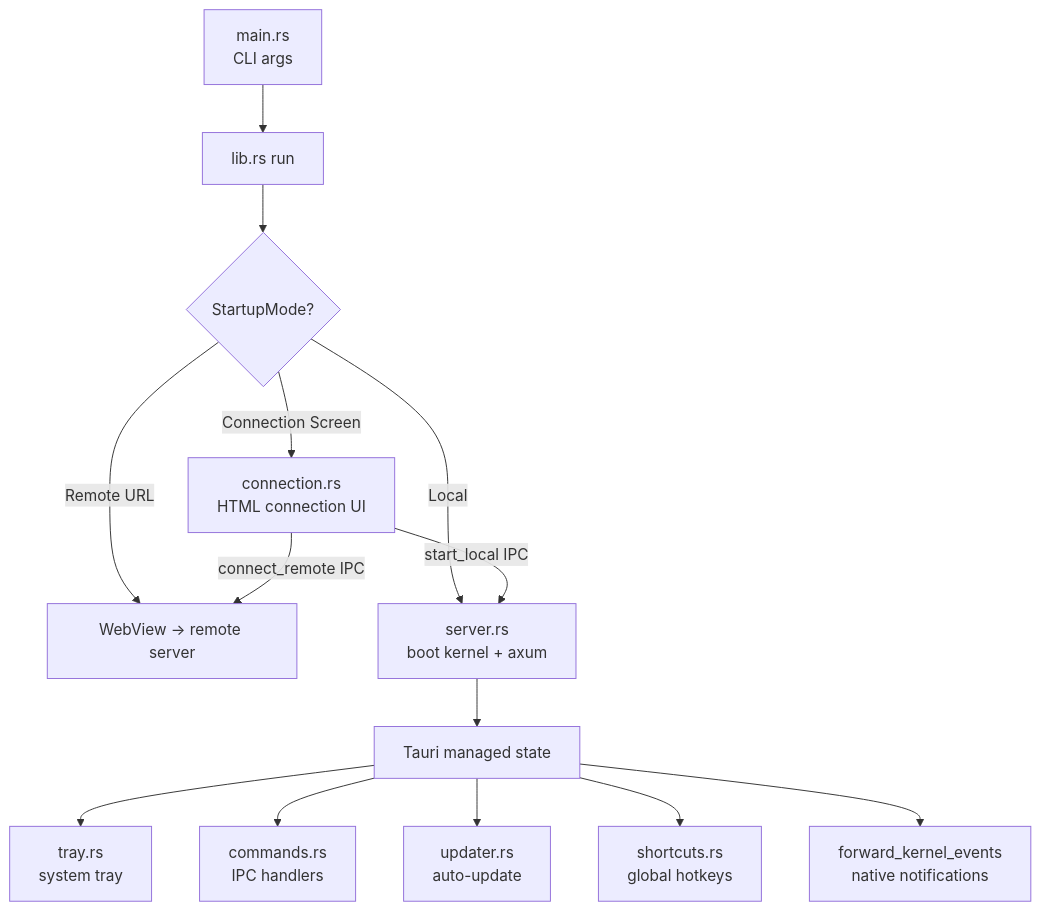
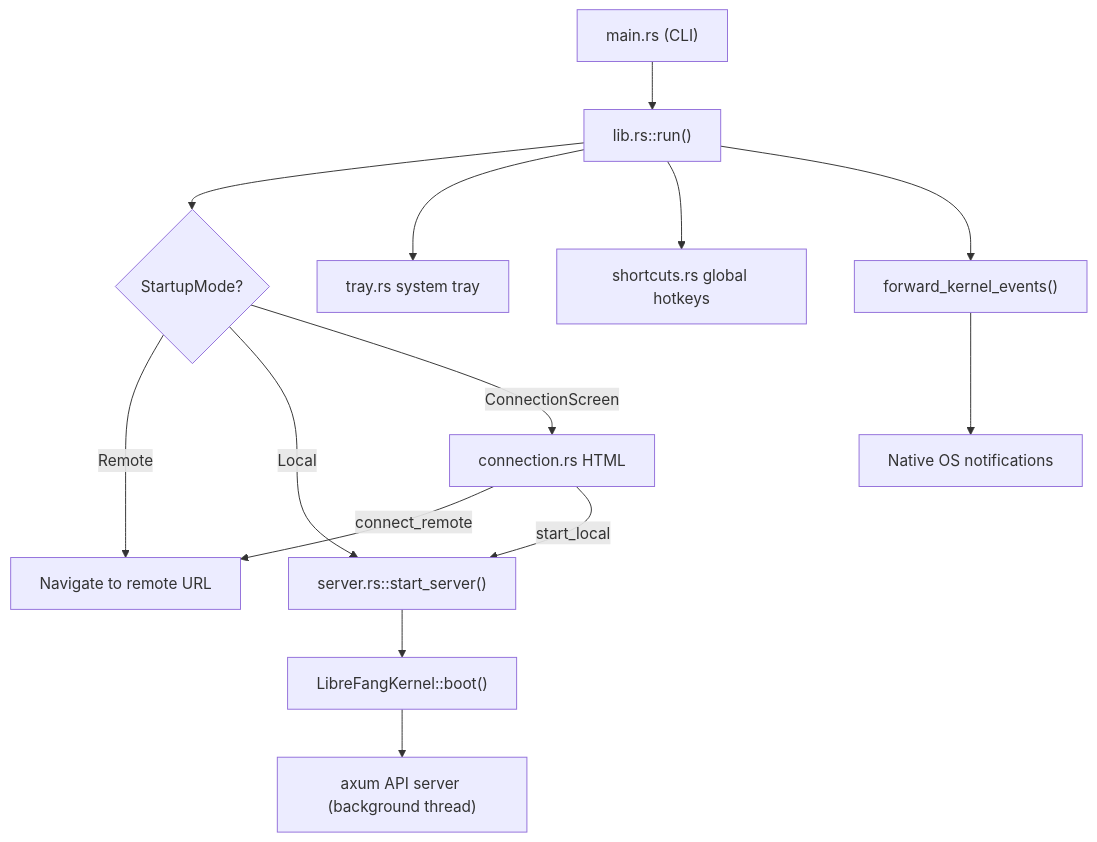
Before and after one commit to leszek3737/librefang-WIki: the diagram in desktop-application.md, drawn with Mermaid. The commit also changed other lines of this file and 99 other files, not shown here.

````diff
--- a/desktop-application.md
+++ b/desktop-application.md
@@ -9,18 +9,16 @@
 ```mermaid
 graph TD
-    CLI[main.rs<br/>CLI args] --> RUN[lib.rs run]
-    RUN --> MODE{StartupMode?}
-    MODE -->|Remote URL| REMOTE[WebView → remote server]
-    MODE -->|Local| BOOT[server.rs<br/>boot kernel + axum]
-    MODE -->|Connection Screen| CONN[connection.rs<br/>HTML connection UI]
-
-    BOOT --> STATE[Tauri managed state]
-    CONN -->|start_local IPC| BOOT
-    CONN -->|connect_remote IPC| REMOTE
-
-    STATE --> TRAY[tray.rs<br/>system tray]
-    STATE --> CMDS[commands.rs<br/>IPC handlers]
-    STATE --> UPDATER[updater.rs<br/>auto-update]
-    STATE --> SHORTCUTS[shortcuts.rs<br/>global hotkeys]
-    STATE --> EVENTS[forward_kernel_events<br/>native notifications]
+    CLI["main.rs (CLI)"] --> run["lib.rs::run()"]
+    run --> SM{"StartupMode?"}
+    SM -->|Remote| NAV["Navigate to remote URL"]
+    SM -->|Local| start_server["server.rs::start_server()"]
+    SM -->|ConnectionScreen| CS["connection.rs HTML"]
+    start_server --> KERNEL["LibreFangKernel::boot()"]
+    KERNEL --> AXUM["axum API server (background thread)"]
+    run --> TRAY["tray.rs system tray"]
+    run --> SHORT["shortcuts.rs global hotkeys"]
+    run --> FWD["forward_kernel_events()"]
+    FWD --> NOTIF["Native OS notifications"]
+    CS -->|connect_remote| NAV
+    CS -->|start_local| start_server
 ```
````
